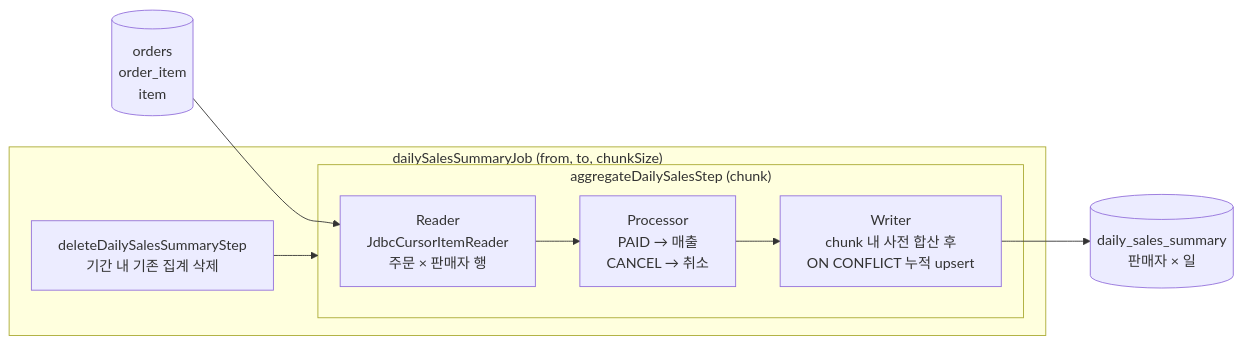
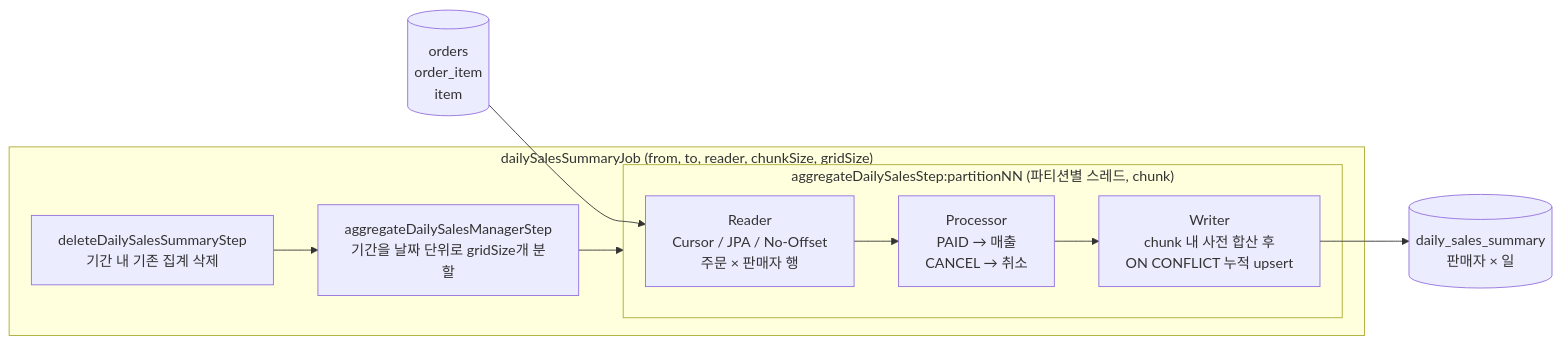
The second of 3 diagrams in README.md (shyuk113/home-shopping-backend), drawn with Mermaid before and after one commit. The commit also changed other lines of this file, not shown here.

Commit message:
docs: README에 Step 2 배치 실험 결과 및 실행 파라미터 반영

````diff
--- a/README.md
+++ b/README.md
@@ -105,11 +105,12 @@
 ```mermaid
 flowchart LR
-    subgraph Job["dailySalesSummaryJob (from, to, chunkSize)"]
-        S1["deleteDailySalesSummaryStep<br/>기간 내 기존 집계 삭제"] --> S2
-        subgraph S2["aggregateDailySalesStep (chunk)"]
-            R["Reader<br/>JdbcCursorItemReader<br/>주문 × 판매자 행"] --> P["Processor<br/>PAID → 매출<br/>CANCEL → 취소"] --> W["Writer<br/>chunk 내 사전 합산 후<br/>ON CONFLICT 누적 upsert"]
+    subgraph Job["dailySalesSummaryJob (from, to, reader, chunkSize, gridSize)"]
+        S1["deleteDailySalesSummaryStep<br/>기간 내 기존 집계 삭제"] --> M["aggregateDailySalesManagerStep<br/>기간을 날짜 단위로 gridSize개 분할"]
+        M --> S2
+        subgraph S2["aggregateDailySalesStep:partitionNN (파티션별 스레드, chunk)"]
+            R["Reader<br/>Cursor / JPA / No-Offset<br/>주문 × 판매자 행"] --> P["Processor<br/>PAID → 매출<br/>CANCEL → 취소"] --> W["Writer<br/>chunk 내 사전 합산 후<br/>ON CONFLICT 누적 upsert"]
         end
     end
     O[("orders<br/>order_item<br/>item")] --> R
     W --> D[("daily_sales_summary<br/>판매자 × 일")]
 ```
````
